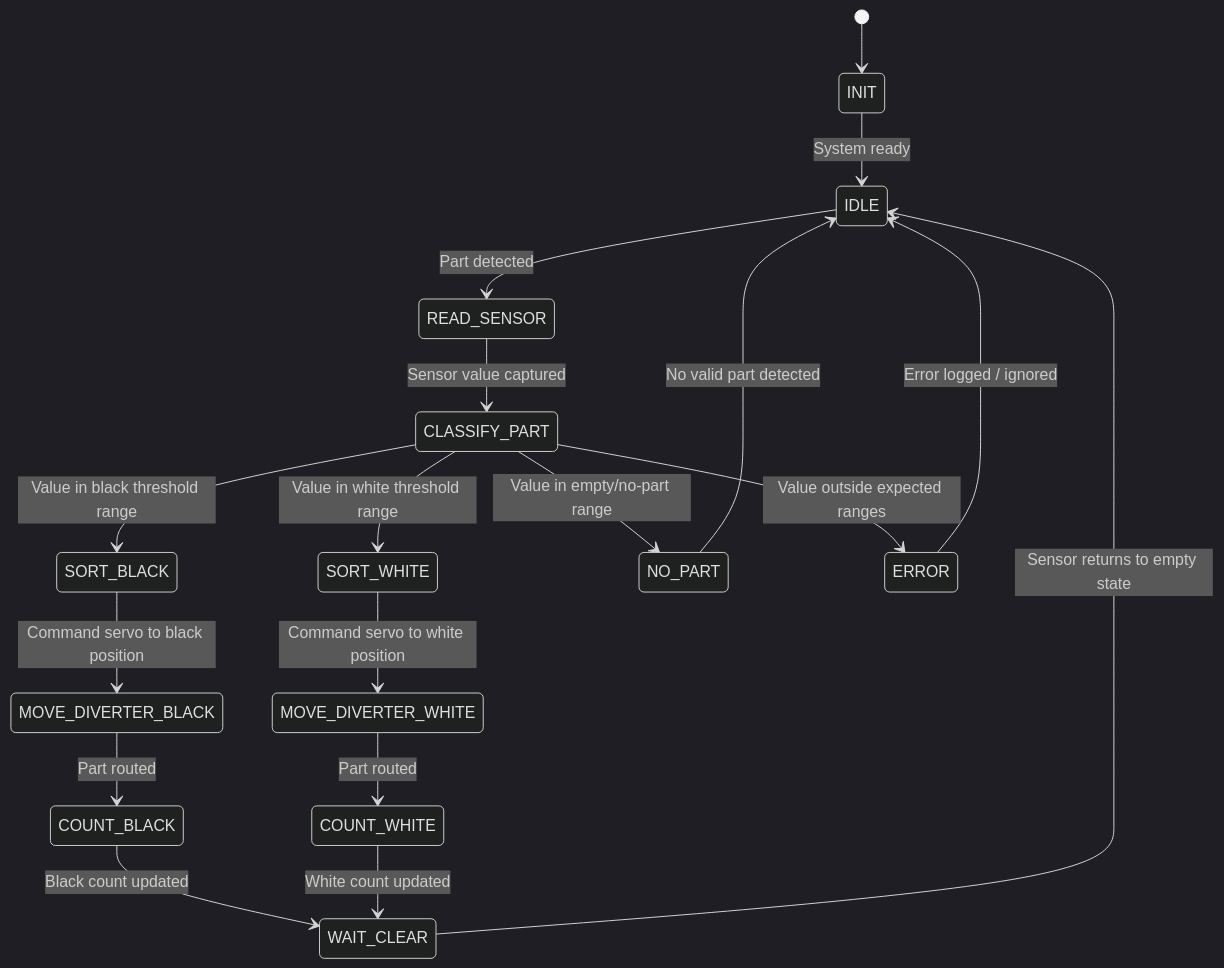
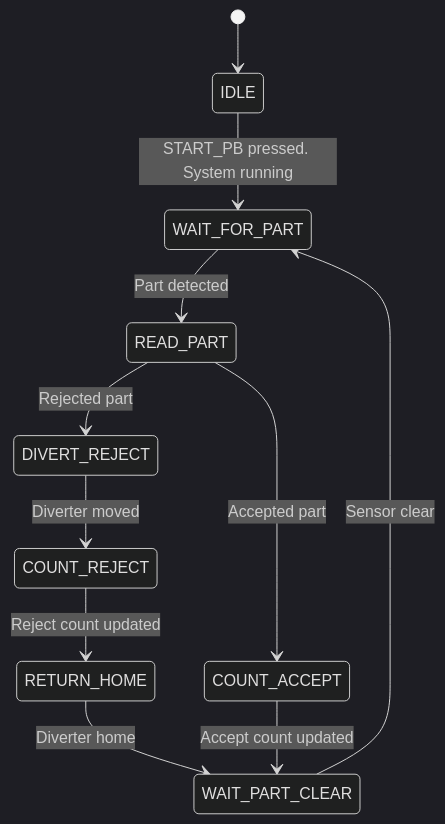
One commit to Charles-Nelson/arduino-mini-sorting-system changed the diagram in docs/state-machine.md. Above: the diagram before and after it, drawn with Mermaid (dark theme). The commit also changed other lines of this file and 4 other files, not shown here.

````diff
--- a/docs/state-machine.md
+++ b/docs/state-machine.md
@@ -11,29 +11,18 @@
 ```mermaid
 stateDiagram-v2
-    [*] --> INIT
 
-    INIT --> IDLE : System ready
+    [*] --> IDLE
 
-    IDLE --> READ_SENSOR : Part detected
+    IDLE --> WAIT_FOR_PART : START_PB pressed. System running
+    WAIT_FOR_PART --> READ_PART : Part detected
 
-    READ_SENSOR --> CLASSIFY_PART : Sensor value captured
+    READ_PART --> COUNT_ACCEPT : Accepted part
+    READ_PART --> DIVERT_REJECT : Rejected part
 
-    CLASSIFY_PART --> SORT_BLACK : Value in black threshold range
-    CLASSIFY_PART --> SORT_WHITE : Value in white threshold range
-    CLASSIFY_PART --> NO_PART : Value in empty/no-part range
-    CLASSIFY_PART --> ERROR : Value outside expected ranges
+    DIVERT_REJECT --> COUNT_REJECT : Diverter moved
+    COUNT_REJECT --> RETURN_HOME : Reject count updated
+    RETURN_HOME --> WAIT_PART_CLEAR : Diverter home
 
-    SORT_BLACK --> MOVE_DIVERTER_BLACK : Command servo to black position
-    SORT_WHITE --> MOVE_DIVERTER_WHITE : Command servo to white position
-
-    MOVE_DIVERTER_BLACK --> COUNT_BLACK : Part routed
-    MOVE_DIVERTER_WHITE --> COUNT_WHITE : Part routed
-
-    COUNT_BLACK --> WAIT_CLEAR : Black count updated
-    COUNT_WHITE --> WAIT_CLEAR : White count updated
-    NO_PART --> IDLE : No valid part detected
-
-    WAIT_CLEAR --> IDLE : Sensor returns to empty state
-
-    ERROR --> IDLE : Error logged / ignored
+    COUNT_ACCEPT --> WAIT_PART_CLEAR : Accept count updated
+    WAIT_PART_CLEAR --> WAIT_FOR_PART : Sensor clear
 ```
````
